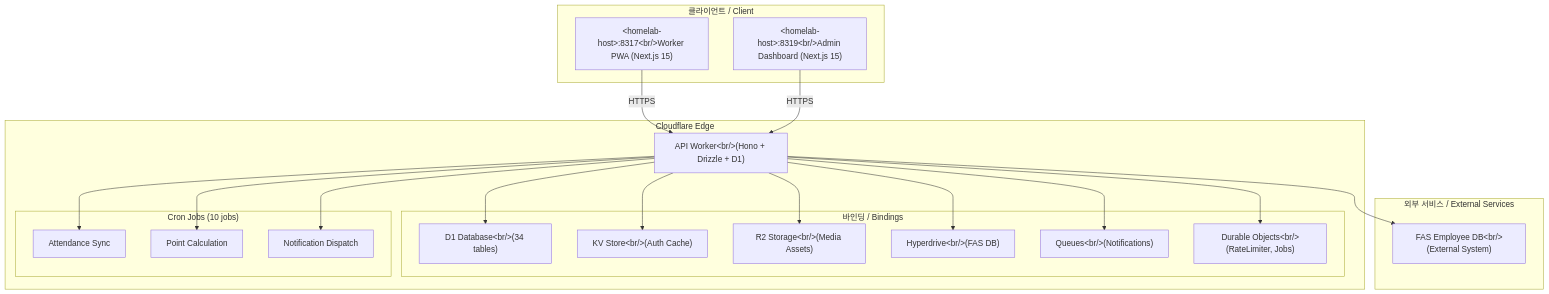
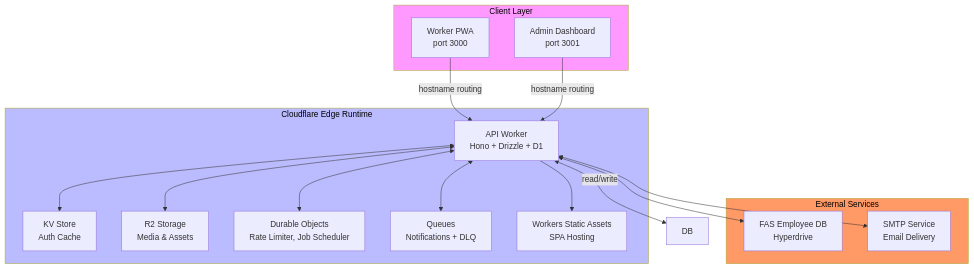
One commit to jclee941/safetywallet changed the diagram in README.md. Above: the diagram before and after it, drawn with Mermaid. The commit also changed other lines of this file, not shown here.

````diff
--- a/README.md
+++ b/README.md
@@ -85,43 +83,36 @@
 ```mermaid
- flowchart TB
-    subgraph Client["클라이언트 / Client"]
-        WorkerPWA["&lt;homelab-host&gt;:8317&lt;br/&gt;Worker PWA (Next.js 15)"]
-        AdminDashboard["&lt;homelab-host&gt;:8319&lt;br/&gt;Admin Dashboard (Next.js 15)"]
+flowchart TB
+    subgraph Client["Client Layer"]
+        PWA["Worker PWA<br/>port 3000"]
+        ADMIN["Admin Dashboard<br/>port 3001"]
     end
 
-    subgraph Cloudflare["Cloudflare Edge"]
-        API["API Worker&lt;br/&gt;(Hono + Drizzle + D1)"]
-        
-        subgraph Bindings["바인딩 / Bindings"]
-            D1["D1 Database&lt;br/&gt;(34 tables)"]
-            KV["KV Store&lt;br/&gt;(Auth Cache)"]
-            R2["R2 Storage&lt;br/&gt;(Media Assets)"]
-            Hyperdrive["Hyperdrive&lt;br/&gt;(FAS DB)"]
-            Queues["Queues&lt;br/&gt;(Notifications)"]
-            DurableObjects["Durable Objects&lt;br/&gt;(RateLimiter, Jobs)"]
-        end
-
-        subgraph ScheduledJobs["Cron Jobs (10 jobs)"]
-            Cron1["Attendance Sync"]
-            Cron2["Point Calculation"]
-            Cron3["Notification Dispatch"]
-        end
+    subgraph Cloudflare["Cloudflare Edge Runtime"]
+        API["API Worker<br/>Hono + Drizzle + D1"]
+        KV["KV Store<br/>Auth Cache"]
+        R2["R2 Storage<br/>Media & Assets"]
+        DO["Durable Objects<br/>Rate Limiter, Job Scheduler"]
+        QUEUE["Queues<br/>Notifications + DLQ"]
+        ASSETS["Workers Static Assets<br/>SPA Hosting"]
     end
 
-    subgraph External["외부 서비스 / External Services"]
-        FAS["FAS Employee DB&lt;br/&gt;(External System)"]
+    subgraph External["External Services"]
+        FAS["FAS Employee DB<br/>Hyperdrive"]
+        SMTP["SMTP Service<br/>Email Delivery"]
     end
 
-    WorkerPWA -->|"HTTPS"| API
-    AdminDashboard -->|"HTTPS"| API
-    API --> D1
-    API --> KV
-    API --> R2
-    API --> Hyperdrive
-    API --> Queues
-    API --> DurableObjects
-    API --> FAS
-    API --> Cron1
-    API --> Cron2
-    API --> Cron3
+    PWA --> |"hostname routing"| API
+    ADMIN --> |"hostname routing"| API
+    API <--> |"read/write"| DB
+    API <--> KV
+    API <--> R2
+    API <--> DO
+    API <--> QUEUE
+    API <--> FAS
+    API <--> SMTP
+    API --> ASSETS
+
+    style Client fill:#f9f,color:#000
+    style Cloudflare fill:#bbf,color:#000
+    style External fill:#f96,color:#000
 ```
````
